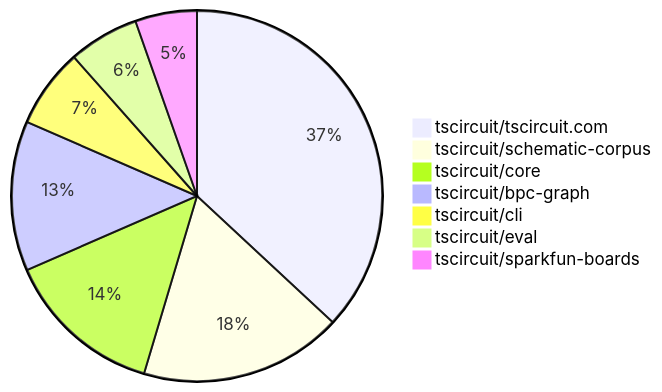
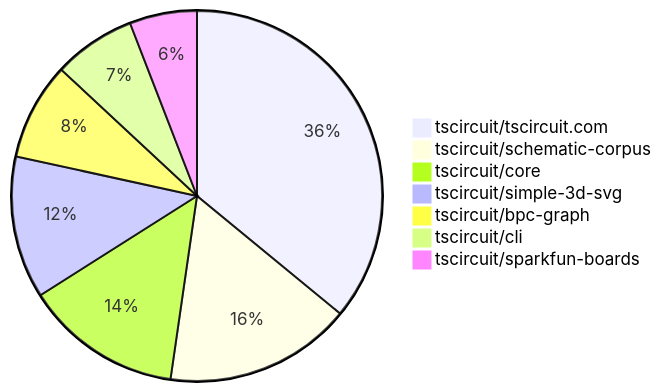
Before and after one commit to tscircuit/contribution-tracker: the second of 2 diagrams in README.md, drawn with Mermaid. The commit also changed other lines of this file and 3 other files, not shown here.

````diff
--- a/README.md
+++ b/README.md
@@ -104,10 +108,10 @@
 ```mermaid
 pie
-    "tscircuit/tscircuit.com" : 48
-    "tscircuit/schematic-corpus" : 23
-    "tscircuit/core" : 18
-    "tscircuit/bpc-graph" : 17
-    "tscircuit/cli" : 9
-    "tscircuit/eval" : 8
-    "tscircuit/sparkfun-boards" : 7
+    "tscircuit/tscircuit.com" : 55
+    "tscircuit/schematic-corpus" : 25
+    "tscircuit/core" : 21
+    "tscircuit/simple-3d-svg" : 19
+    "tscircuit/bpc-graph" : 13
+    "tscircuit/cli" : 11
+    "tscircuit/sparkfun-boards" : 9
 ```
````
